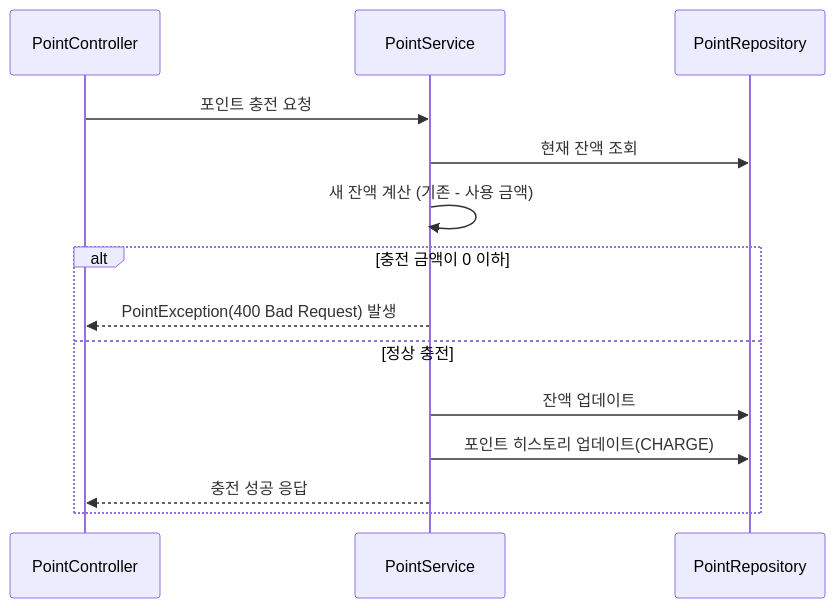
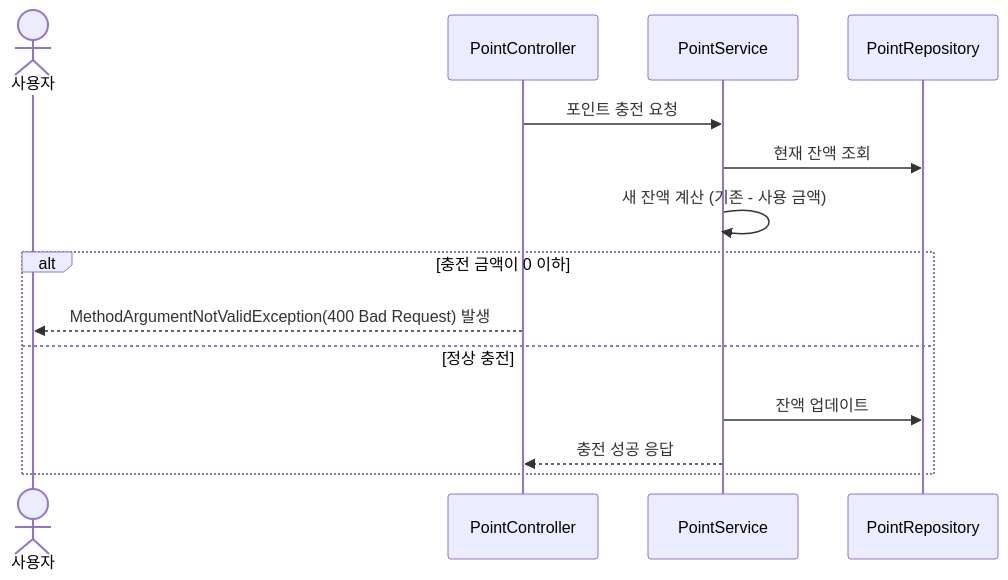
The diagram in docs/sequence_diagram/point/point-charge.mmd (Maker-H/99-shopping), drawn with Mermaid before and after one commit. The commit also changed 28 other files, not shown here.

```diff
--- a/docs/sequence_diagram/point/point-charge.mmd
+++ b/docs/sequence_diagram/point/point-charge.mmd
@@ -1,17 +1,17 @@
 sequenceDiagram
+    actor 사용자
     participant PointController
     participant PointService
     participant PointRepository
 
     PointController->>PointService: 포인트 충전 요청
 
     PointService->>PointRepository: 현재 잔액 조회
     PointService->>PointService: 새 잔액 계산 (기존 - 사용 금액)
 
     alt 충전 금액이 0 이하
-        PointService-->>PointController: PointException(400 Bad Request) 발생
+        PointController-->>사용자: MethodArgumentNotValidException(400 Bad Request) 발생
     else 정상 충전
         PointService->>PointRepository: 잔액 업데이트
-        PointService->>PointRepository: 포인트 히스토리 업데이트(CHARGE)
         PointService-->>PointController: 충전 성공 응답
     end
```
